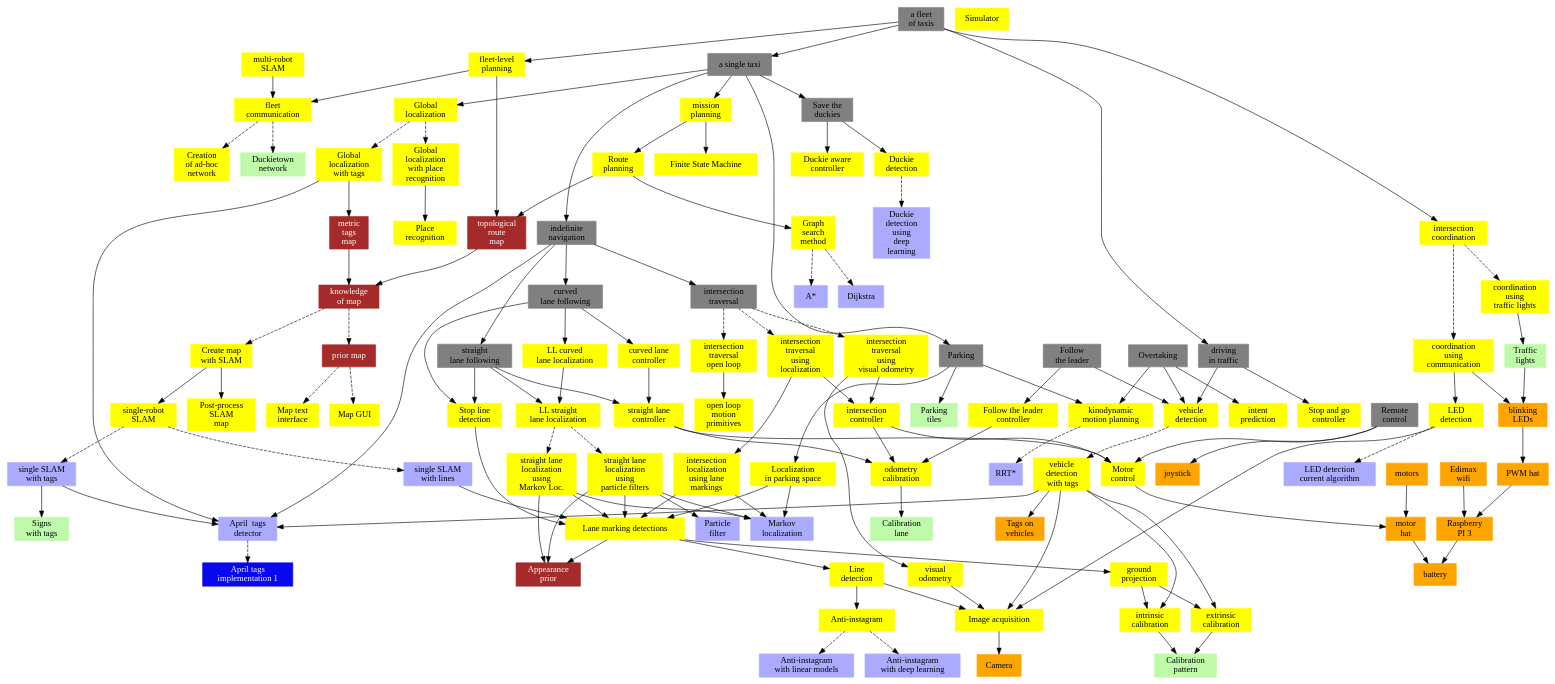
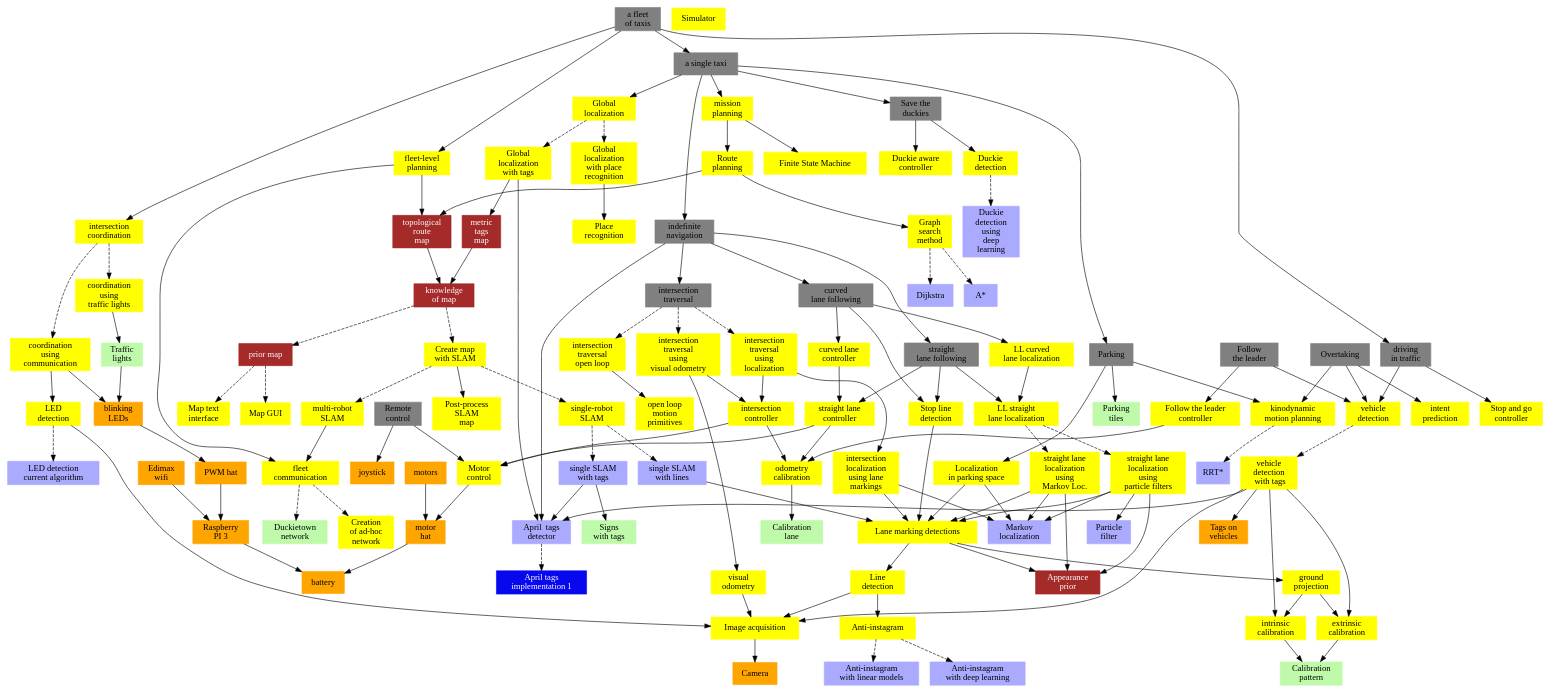
The diagram in docs/clipart/functionality_diagram/diagram.dot (top1944/duckuments), drawn with Graphviz before and after one commit. The commit also changed 2 other files, not shown here.

Commit message:
Changed functionality diagram: added multi-robot SLAM as option to create map with SLAM

```diff
--- a/docs/clipart/functionality_diagram/diagram.dot
+++ b/docs/clipart/functionality_diagram/diagram.dot
@@ -1,488 +1,286 @@
-digraph {
-    //node [width=2, fixedsize=true];
-    // Behaviors
-
+digraph G {
+    edge [comment="Wildcard node added automatic in EG."];
+    node [color=red, 
+          style=filled];
     subgraph acluster_behaviors {
-        node [style=filled,color=grey, shape=box];
-
-        multi_car_taxi[label="a fleet \n of taxis"];
-
+        edge [comment="Wildcard node added automatic in EG."];
+        node [color=grey, 
+              style=filled, 
+              shape=box];
+        multi_car_taxi [label="a fleet \n of taxis"];
         follow_the_leader [label="Follow \n the leader"];
-
         joystick_control [label="Remote \n control"];
-
         straight_lane_following [label="straight \n lane following"];
         curved_lane_following [label="curved\n lane following"];
-
         intersection_traversal [label="intersection \n traversal"];
-
-        single_car_taxi[label="a single taxi"];
-
+        single_car_taxi [label="a single taxi"];
         indefinite_navigation [label="indefinite \n navigation"];
-
         driving_in_traffic [label="driving \n in traffic"];
-
-
-
         parking [label="Parking"];
-
         overtaking [label="Overtaking"];
-
         save_the_duckies [label="Save the \n duckies"];
-
     }
-    // Abstract functionality
 
     subgraph functionality {
-        node [style=filled,color=yellow,shape=box];
-
+        edge [comment="Wildcard node added automatic in EG."];
+        node [color=yellow, 
+              style=filled, 
+              shape=box];
         lane_marking_detection [label="Lane marking detections"];
-
         stop_and_go [label="Stop and go\ncontroller"];
-
         kinodynamic_motion_planning [label="kinodynamic \n motion planning"];
-
         localization_in_parking_space [label="Localization \n in parking space"];
-
         fleet_planning [label="fleet-level \nplanning"];
         straight_lane_controller [label="straight lane \n controller"];
         curved_lane_controller [label="curved lane\n controller"];
-
-
         straight_lane_localization [label="LL straight \n lane localization"];
         curved_lane_localization [label="LL curved \n lane localization"];
-
-
         intersection_localization [label="intersection \n localization \n using lane \n markings"];
         intersection_controller [label="intersection \n controller"];
-
         fleet_comms [label="fleet\ncommunication"];
         odometry_calibration [label="odometry \n calibration"];
-
         stop_line_detection [label="Stop line \n detection"];
-
         global_localization [label="Global \n localization"];
         place_recognition [label="Place \n recognition"];
-
         extrinsic_calibration [label="extrinsic \n calibration"];
         intrinsic_calibration [label="intrinsic \n calibration"];
-
         intersection_coordination [label="intersection \n coordination"];
-
         anti_instagram [label="Anti-instagram"];
-
         motor_control [label="Motor \n control"];
-
         led_detection [label="LED \n detection"];
-        vehicle_detection  [label="vehicle \n detection"];
-
+        vehicle_detection [label="vehicle \n detection"];
         route_planning [label="Route \n planning"];
-
         multi_slam [label="multi-robot \n SLAM"];
         single_slam [label="single-robot \n SLAM"];
-
         line_detection [label="Line \n detection"];
-
         ground_projection [label="ground \n projection"];
-
-
         visual_odometry [label="visual \n odometry"];
-
         open_loop_motion_primitives [label="open loop \n motion \n primitives"];
-
         mission_planning [label="mission \n planning"];
-
         ad_hoc_network [label="Creation \n of ad-hoc \n network"];
-
-
         camera_data [label="Image acquisition"];
-
         intent_prediction [label="intent \n prediction"];
-
-
         duckie_detection [label="Duckie \n detection"];
-
-
-                simulator [label="Simulator"];
-
-                graph_search_method [label="Graph\nsearch\nmethod"];
-
-
+        simulator [label="Simulator"];
+        graph_search_method [label="Graph\nsearch\nmethod"];
         map_GUI [label="Map GUI"];
         map_text_interface [label="Map text\n interface"];
+        finite_state_machine [label="Finite State Machine"];
+        postprocess_slam_map [label="Post-process \n SLAM\nmap"];
+        knowledge_of_map_with_slam [label="Create map\n with SLAM"];
+        duckie_aware_controller [label="Duckie aware \n controller"];
+        coordination_with_traffic_lights [label="coordination \n using \n traffic lights"];
+        coordination_with_communication [label="coordination \n using \n communication"];
+        straight_lane_localization_using_markov [label="straight lane \n localization \n using \n Markov Loc."];
+        straight_lane_localization_using_PF [label="straight lane \n localization \n using \n particle filters"];
+        global_localization_with_tags [label="Global \n localization \n with tags"];
+        global_localization_with_place_recognition [label="Global \n localization \n with place \n recognition"];
+        vehicle_detection_with_tags [label="vehicle \n detection \n  with tags"];
+        follow_the_leader_controller [label="Follow the leader \n controller"];
+        intersection_traversal_with_vo [label="intersection \n traversal \n using \n visual odometry"];
+        intersection_traversal_open_loop [label="intersection \n traversal \n open loop"];
+        intersection_traversal_with_localization [label="intersection \n traversal \n using \n localization"];
+    }
 
-        finite_state_machine [label="Finite State Machine"];
-
-            postprocess_slam_map [label="Post-process \n SLAM\nmap"];
-            knowledge_of_map_with_slam [label="Create map\n with SLAM"];
-
-            duckie_aware_controller [label="Duckie aware \n controller"];
-
-
-                    coordination_with_traffic_lights [label="coordination \n using \n traffic lights"];
-                    coordination_with_communication [label="coordination \n using \n communication"];
-                    straight_lane_localization_using_markov [label="straight lane \n localization \n using \n Markov Loc."];
-                    straight_lane_localization_using_PF [label="straight lane \n localization \n using \n particle filters"];
-                    global_localization_with_tags [label="Global \n localization \n with tags"];
-
-                    global_localization_with_place_recognition [label="Global \n localization \n with place \n recognition"];
-
-                    vehicle_detection_with_tags [label="vehicle \n detection \n  with tags"];
-
-
-                            follow_the_leader_controller [label="Follow the leader \n controller"];
-
-
-                                    intersection_traversal_with_vo [label="intersection \n traversal \n using \n visual odometry"];
-                                    intersection_traversal_open_loop [label="intersection \n traversal \n open loop"];
-                                    intersection_traversal_with_localization [label="intersection \n traversal \n using \n localization"];
-
-        };
-    // concrete algorithms
-        subgraph algorithms {
-
-        node [style=filled,color="#AAAAFF",shape=box];
-
+    subgraph algorithms {
+        edge [comment="Wildcard node added automatic in EG."];
+        node [color="#AAAAFF", 
+              style=filled, 
+              shape=box];
         april_tags_detection [label="April  tags \n detector"];
-
-
         dijkstra [label="Dijkstra"];
-
         a_star [label="A*"];
         RRTstar [label="RRT*"];
-
-
         anti_instagram_with_linear_models [label="Anti-instagram \n with linear models"];
         anti_instagram_with_DL [label="Anti-instagram \n with deep learning"];
-
-
         led_detection_current_algo [label="LED detection \n current algorithm"];
-
         single_slam_lines [label="single SLAM \n with lines"];
         single_slam_tags [label="single SLAM \n with tags"];
-
-
-
-
         duckie_detection_using_DL [label="Duckie \n detection \n using \n deep \n learning"];
-
         markov_localization [label="Markov \n localization"];
         particle_filter [label="Particle\n filter"];
+    }
 
-        };
-
-    // implementations / libraries
-        subgraph implementation {
-
-        node [style=filled,color="#0808EE",shape=record,fontcolor=white];
-
+    subgraph implementation {
+        edge [comment="Wildcard node added automatic in EG."];
+        node [color="#0808EE", 
+              fontcolor=white, 
+              style=filled, 
+              shape=record];
         april_tags_library1 [label="April tags \n implementation 1"];
-        //april_tags_library2 [label="April tags \n implementation 2"];
-
-
-        //april_tags_detection -> april_tags_library2 [style="dashed"];
-        }
-
-
-    // Data
+    }
 
     subgraph data {
-
-        node [style=filled, color=brown, shape=box, fontcolor=white];
-
-
+        edge [comment="Wildcard node added automatic in EG."];
+        node [color=brown, 
+              fontcolor=white, 
+              style=filled, 
+              shape=box];
         appearance_prior [label="Appearance \n prior"];
-
-
-
         prior_map [label="prior map"];
         knowledge_of_map [label="knowledge \n of map"];
-
-
         topological_map [label="topological\n route\n map"];
         metric_tags_map [label="metric\n tags\n map"];
+    }
 
-
-        }
-
-    // hardware on robot
-
-        subgraph acluster_hardware {
-
-        node [style=filled, color=orange, shape=box];
-
-        pwm_hat [label="PWM hat"] ;
+    subgraph acluster_hardware {
+        edge [comment="Wildcard node added automatic in EG."];
+        node [color=orange, 
+              style=filled, 
+              shape=box];
+        pwm_hat [label="PWM hat"];
         blinking_leds [label="blinking \n LEDs"];
         motor_hat [label="motor \n hat"];
         motors [label="motors"];
         battery [label="battery"];
         edimax [label="Edimax \n wifi"];
         joystick [label="joystick"];
-
         RPI3 [label="Raspberry\n PI 3"];
-
         camera [label="Camera"];
-
         tags_on_vehicles [label="Tags on \n vehicles"];
-        };
-
-    // infrastructure
+    }
 
     subgraph infrastructure {
-        node [style=filled, color="#BFFAAA", shape=box];
-
+        edge [comment="Wildcard node added automatic in EG."];
+        node [color="#BFFAAA", 
+              style=filled, 
+              shape=box];
         traffic_lights [label="Traffic \n lights"];
         duckietown_network [label="Duckietown \n network"];
         signs_with_tags [label="Signs \n with tags"];
-
         calibration_lane [label="Calibration \n lane"];
         calibration_pattern [label="Calibration \n pattern"];
         parking_tiles [label="Parking \n tiles"];
+    }
 
-
-
-        };
-
-
-
-    node [style=filled, color=red];
-
-    april_tags_detection -> april_tags_library1 [style="dashed"];
-
+    april_tags_detection -> april_tags_library1  [style="dashed"];
     pwm_hat -> RPI3;
     edimax -> RPI3;
-    motors -> motor_hat -> battery;
+    motors -> motor_hat;
+    motor_hat -> battery;
     RPI3 -> battery;
-
-
     odometry_calibration -> calibration_lane;
-
     intrinsic_calibration -> calibration_pattern;
     extrinsic_calibration -> calibration_pattern;
     single_car_taxi -> save_the_duckies;
-
-
     traffic_lights -> blinking_leds;
     blinking_leds -> pwm_hat;
-
-
     coordination_with_traffic_lights -> traffic_lights;
-
     route_planning -> topological_map;
     topological_map -> knowledge_of_map;
     route_planning -> graph_search_method;
-    graph_search_method -> a_star [style=dashed];
-    graph_search_method -> dijkstra [style=dashed];
-
-    intersection_coordination -> coordination_with_traffic_lights [style="dashed"];
-    intersection_coordination -> coordination_with_communication [style="dashed"];
-
+    graph_search_method -> a_star  [style=dashed];
+    graph_search_method -> dijkstra  [style=dashed];
+    intersection_coordination -> coordination_with_traffic_lights  [style="dashed"];
+    intersection_coordination -> coordination_with_communication  [style="dashed"];
     anti_instagram -> anti_instagram_with_DL  [style=dashed];
     anti_instagram -> anti_instagram_with_linear_models  [style=dashed];
-    led_detection -> led_detection_current_algo [style=dashed];
-
-    led_detection -> camera_data ;
-    line_detection -> camera_data ;
-
-
+    led_detection -> led_detection_current_algo  [style=dashed];
+    led_detection -> camera_data;
+    line_detection -> camera_data;
     single_slam_lines -> lane_marking_detection;
-
     coordination_with_communication -> led_detection;
-
     coordination_with_communication -> blinking_leds;
-
-
-
     line_detection -> anti_instagram;
-
-
-
     driving_in_traffic -> vehicle_detection;
-
-
     single_slam_tags -> april_tags_detection;
-
-    single_slam -> single_slam_lines [style=dashed];
-    single_slam -> single_slam_tags [style=dashed];
-
-
-    curved_lane_following->curved_lane_localization;
-    curved_lane_following->curved_lane_controller;
+    single_slam -> single_slam_lines  [style=dashed];
+    single_slam -> single_slam_tags  [style=dashed];
+    curved_lane_following -> curved_lane_localization;
+    curved_lane_following -> curved_lane_controller;
     curved_lane_following -> stop_line_detection;
     straight_lane_following -> straight_lane_localization;
     straight_lane_following -> straight_lane_controller;
     straight_lane_following -> stop_line_detection;
-
     straight_lane_controller -> odometry_calibration;
-
     straight_lane_controller -> motor_control;
-
     mission_planning -> route_planning;
     mission_planning -> finite_state_machine;
-
-    straight_lane_localization -> straight_lane_localization_using_markov [style="dashed"];
-    straight_lane_localization -> straight_lane_localization_using_PF [style="dashed"];
-
-
+    straight_lane_localization -> straight_lane_localization_using_markov  [style="dashed"];
+    straight_lane_localization -> straight_lane_localization_using_PF  [style="dashed"];
     straight_lane_localization_using_markov -> lane_marking_detection;
     straight_lane_localization_using_markov -> markov_localization;
     straight_lane_localization_using_markov -> appearance_prior;
-
     straight_lane_localization_using_PF -> lane_marking_detection;
     straight_lane_localization_using_PF -> markov_localization;
     straight_lane_localization_using_PF -> appearance_prior;
-
     ground_projection -> extrinsic_calibration;
     ground_projection -> intrinsic_calibration;
-
     stop_line_detection -> lane_marking_detection;
-
-
-    intersection_traversal -> intersection_traversal_with_vo [style="dashed"];
-    intersection_traversal -> intersection_traversal_open_loop [style="dashed"];
-    intersection_traversal -> intersection_traversal_with_localization [style="dashed"];
-
-
+    intersection_traversal -> intersection_traversal_with_vo  [style="dashed"];
+    intersection_traversal -> intersection_traversal_open_loop  [style="dashed"];
+    intersection_traversal -> intersection_traversal_with_localization  [style="dashed"];
     intersection_traversal_open_loop -> open_loop_motion_primitives;
-
     intersection_traversal_with_localization -> intersection_localization;
     intersection_traversal_with_localization -> intersection_controller;
-
-    intersection_controller->motor_control;
-
+    intersection_controller -> motor_control;
     intersection_controller -> odometry_calibration;
-
     intersection_traversal_with_vo -> visual_odometry;
-
     intersection_traversal_with_vo -> intersection_controller;
-
-
-
-
-
     multi_car_taxi -> single_car_taxi;
     multi_car_taxi -> fleet_planning;
-
     fleet_planning -> topological_map;
     multi_car_taxi -> intersection_coordination;
-
     multi_car_taxi -> driving_in_traffic;
     fleet_planning -> fleet_comms;
-
     multi_slam -> fleet_comms;
-
-
     indefinite_navigation -> april_tags_detection;
     indefinite_navigation -> intersection_traversal;
-
     indefinite_navigation -> straight_lane_following;
     indefinite_navigation -> curved_lane_following;
-
-
-    single_car_taxi -> indefinite_navigation ;
+    single_car_taxi -> indefinite_navigation;
     single_car_taxi -> mission_planning;
     single_car_taxi -> global_localization;
-
-    global_localization -> global_localization_with_tags [style=dashed];
+    global_localization -> global_localization_with_tags  [style=dashed];
     global_localization -> global_localization_with_place_recognition  [style=dashed];
-
     global_localization_with_tags -> april_tags_detection;
     global_localization_with_tags -> metric_tags_map;
-
     metric_tags_map -> knowledge_of_map;
-
-
     global_localization_with_place_recognition -> place_recognition;
-
-
-    knowledge_of_map -> knowledge_of_map_with_slam [style=dashed];
-
-    knowledge_of_map_with_slam -> single_slam;
+    knowledge_of_map -> knowledge_of_map_with_slam  [style=dashed];
+    knowledge_of_map_with_slam -> single_slam  [style=dashed];
     knowledge_of_map_with_slam -> postprocess_slam_map;
-
-
-    knowledge_of_map -> prior_map [style=dashed];
-
-    prior_map -> map_GUI [style=dashed];
-    prior_map -> map_text_interface [style=dashed];
-
-
-    vehicle_detection -> vehicle_detection_with_tags [style=dashed];
-
+    knowledge_of_map_with_slam -> multi_slam  [style=dashed];
+    knowledge_of_map -> prior_map  [style=dashed];
+    prior_map -> map_GUI  [style=dashed];
+    prior_map -> map_text_interface  [style=dashed];
+    vehicle_detection -> vehicle_detection_with_tags  [style=dashed];
     vehicle_detection_with_tags -> april_tags_detection;
     vehicle_detection_with_tags -> intrinsic_calibration;
     vehicle_detection_with_tags -> tags_on_vehicles;
     vehicle_detection_with_tags -> camera_data;
     vehicle_detection_with_tags -> extrinsic_calibration;
-
-
-
     save_the_duckies -> duckie_detection;
-
     save_the_duckies -> duckie_aware_controller;
-
-
-
-    duckie_detection -> duckie_detection_using_DL [style=dashed];
-
-
-
-
+    duckie_detection -> duckie_detection_using_DL  [style=dashed];
     follow_the_leader -> vehicle_detection;
     follow_the_leader -> follow_the_leader_controller;
-
     follow_the_leader_controller -> odometry_calibration;
-
-
-
     overtaking -> vehicle_detection;
     overtaking -> intent_prediction;
     overtaking -> kinodynamic_motion_planning;
-
-
-    kinodynamic_motion_planning -> RRTstar [style=dashed];
-
-
-
+    kinodynamic_motion_planning -> RRTstar  [style=dashed];
     joystick_control -> joystick;
     joystick_control -> motor_control;
-
     motor_control -> motor_hat;
-
     parking -> parking_tiles;
-
-
     single_car_taxi -> parking;
-
-
-    fleet_comms -> duckietown_network [style=dashed];
-
-    fleet_comms -> ad_hoc_network [style=dashed];
+    fleet_comms -> duckietown_network  [style=dashed];
+    fleet_comms -> ad_hoc_network  [style=dashed];
     parking -> kinodynamic_motion_planning;
     parking -> localization_in_parking_space;
-
     curved_lane_controller -> straight_lane_controller;
     curved_lane_localization -> straight_lane_localization;
-
     camera_data -> camera;
-
-
-
-    visual_odometry ->  camera_data;
-
+    visual_odometry -> camera_data;
     straight_lane_localization_using_PF -> particle_filter;
-
     localization_in_parking_space -> lane_marking_detection;
     localization_in_parking_space -> markov_localization;
-
     lane_marking_detection -> line_detection;
     lane_marking_detection -> ground_projection;
     lane_marking_detection -> appearance_prior;
-
     intersection_localization -> lane_marking_detection;
     intersection_localization -> markov_localization;
-
     single_slam_tags -> signs_with_tags;
-
     driving_in_traffic -> stop_and_go;
 }
```
